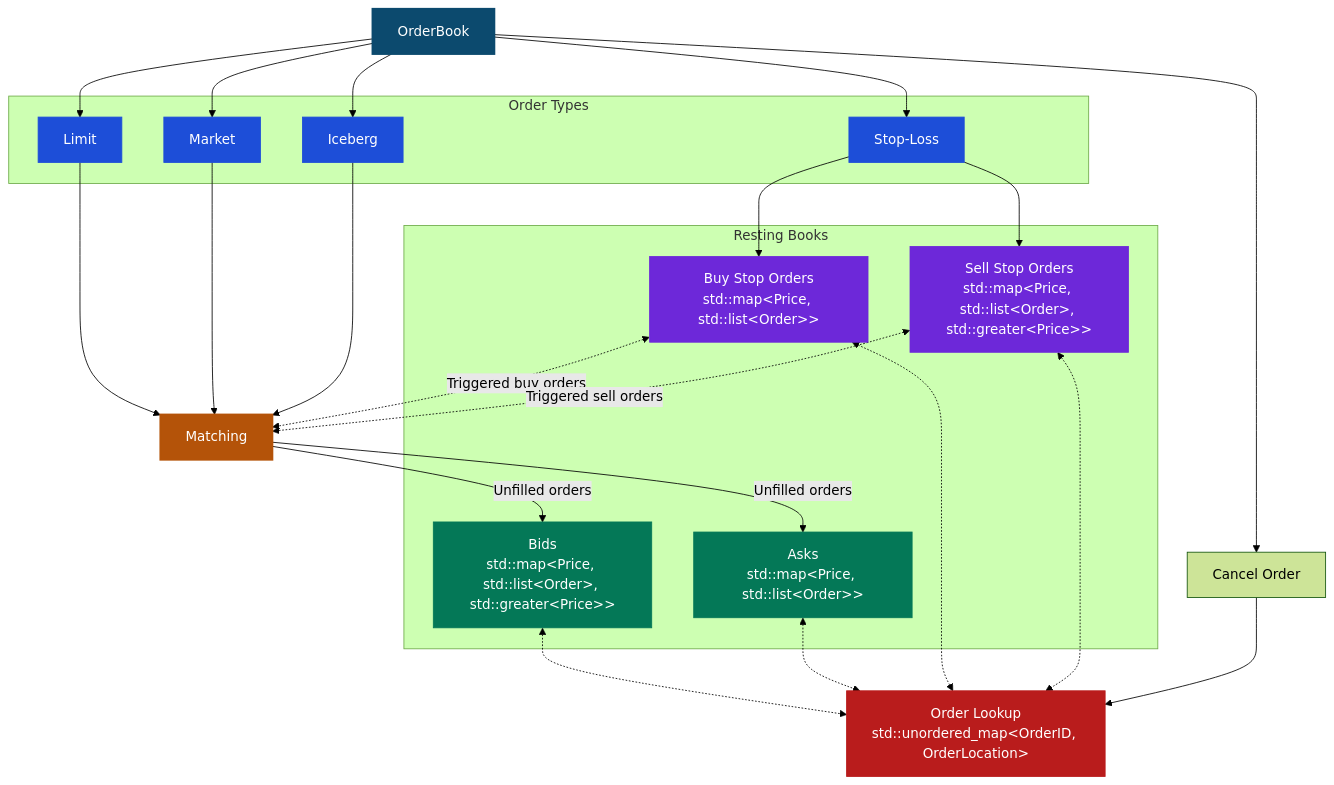
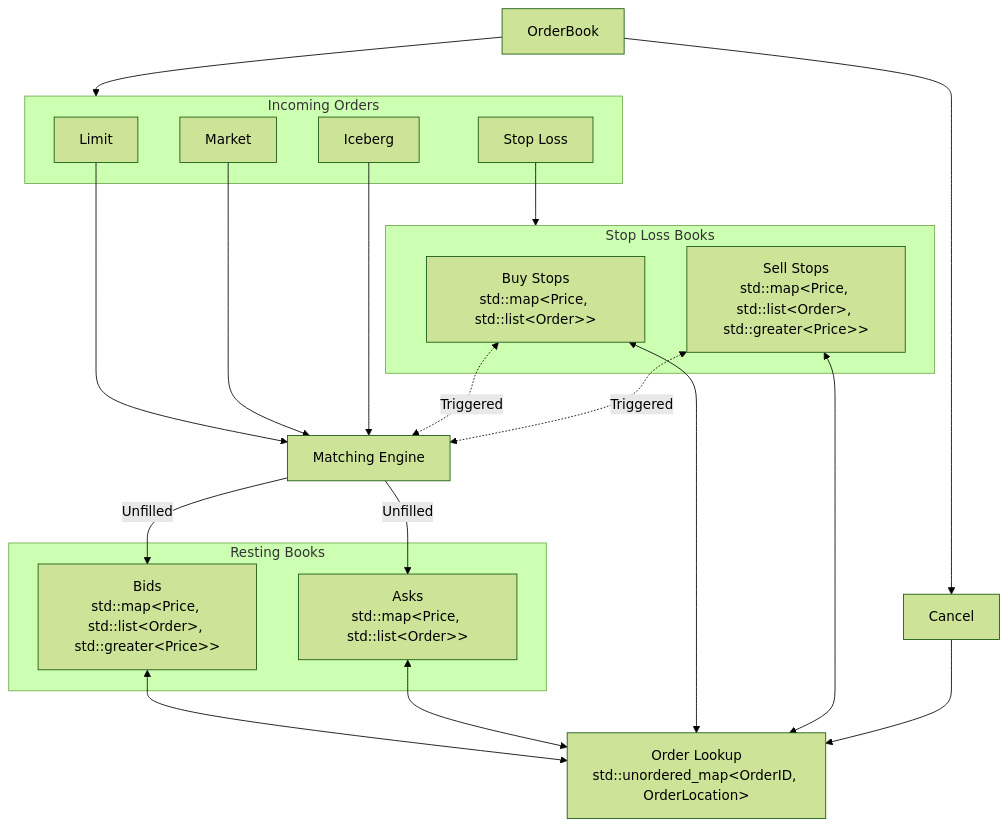
The diagram in README.md (arahimyar/limit-order-book), drawn with Mermaid (forest theme) before and after one commit. The commit also changed other lines of this file and 5 other files, not shown here.

````diff
--- a/README.md
+++ b/README.md
@@ -30,66 +184,47 @@
 ```mermaid
 flowchart TD
     OB["OrderBook"]
+    CO["Cancel"]
 
-    subgraph Inputs["Order Types"]
+    subgraph Inputs["Incoming Orders"]
         LO["Limit"]
         MO["Market"]
         IO["Iceberg"]
-        SO["Stop-Loss"]
+        SO["Stop Loss"]
     end
 
-    ME["Matching"]
+    ME["Matching Engine"]
 
-    subgraph Books["Resting Books"]
+    subgraph LiveBooks["Resting Books"]
         B["Bids<br/>std::map&lt;Price, std::list&lt;Order&gt;, std::greater&lt;Price&gt;&gt;"]
         A["Asks<br/>std::map&lt;Price, std::list&lt;Order&gt;&gt;"]
-        SB["Buy Stop Orders<br/>std::map&lt;Price, std::list&lt;Order&gt;&gt;"]
-        SA["Sell Stop Orders<br/>std::map&lt;Price, std::list&lt;Order&gt;, std::greater&lt;Price&gt;&gt;"]
+    end
+
+    subgraph StopBooks["Stop Loss Books"]
+        SB["Buy Stops<br/>std::map&lt;Price, std::list&lt;Order&gt;&gt;"]
+        SA["Sell Stops<br/>std::map&lt;Price, std::list&lt;Order&gt;, std::greater&lt;Price&gt;&gt;"]
     end
 
     OL["Order Lookup<br/>std::unordered_map&lt;OrderID, OrderLocation&gt;"]
 
-    OB --> LO
-    OB --> MO
-    OB --> IO
-    OB --> SO
+    OB --> Inputs
+    OB --> CO
 
     LO --> ME
     MO --> ME
     IO --> ME
 
-    ME -->|"Unfilled orders"| B
-    ME -->|"Unfilled orders"| A
+    ME -->|"Unfilled"| B
+    ME -->|"Unfilled"| A
 
-    SO --> SB
-    SO --> SA
+    SO --> StopBooks
 
-    B <-.-> OL
-    A <-.-> OL
-    SB <-.-> OL
-    SA <-.-> OL
+    SB <-.->|"Triggered"| ME
+    SA <-.->|"Triggered"| ME
 
-
-    SB <-.->|"Triggered buy orders"| ME
-    SA <-.->|"Triggered sell orders"| ME
-
-    CO["Cancel Order"]
-
-    OB --> CO
-
+    B <--> OL
+    A <--> OL
+    SB <--> OL
+    SA <--> OL
     CO --> OL
-
-    classDef interface fill:#0c4a6e,color:#fff,stroke:#0c4a6e,stroke-width:2px;
-    classDef input fill:#1d4ed8,color:#fff,stroke:#1d4ed8;
-    classDef engine fill:#b45309,color:#fff,stroke:#b45309,stroke-width:2px;
-    classDef active fill:#047857,color:#fff,stroke:#047857;
-    classDef stops fill:#6d28d9,color:#fff,stroke:#6d28d9;
-    classDef lookup fill:#b91c1c,color:#fff,stroke:#b91c1c;
-
-    class OB interface;
-    class LO,MO,IO,SO input;
-    class ME engine;
-    class B,A active;
-    class SB,SA stops;
-    class OL lookup;
 ```
````
